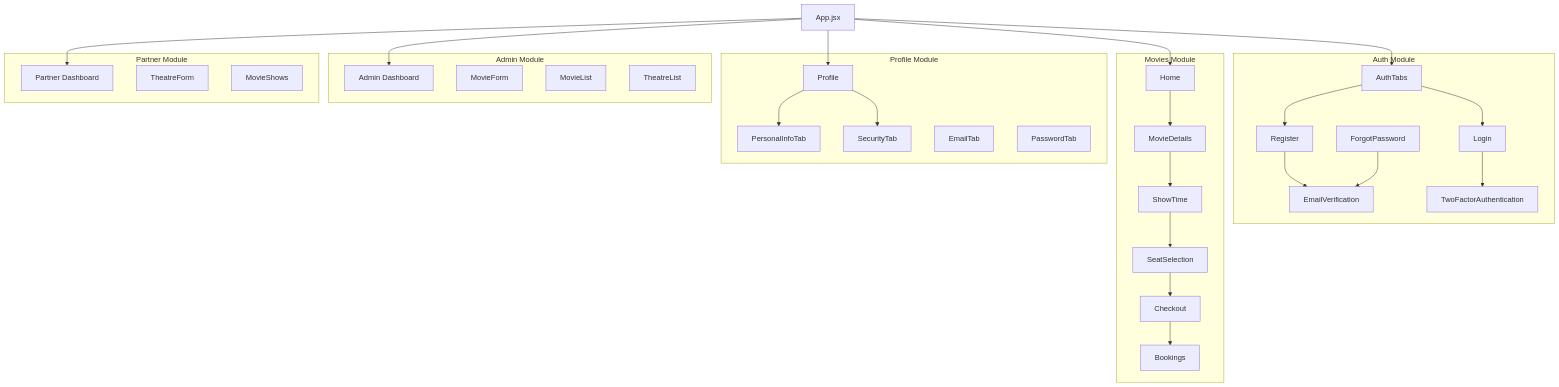
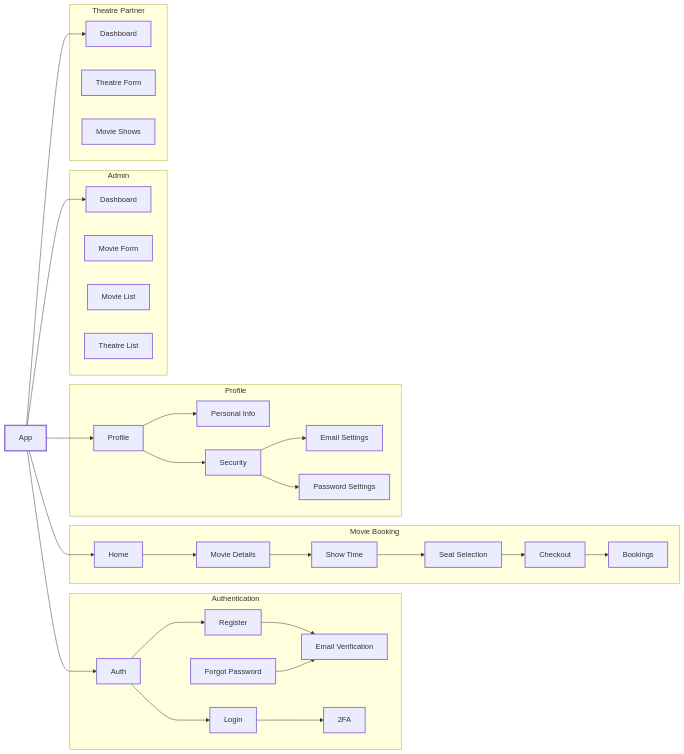
The third of 3 diagrams in README.md (Shravan-509/BookMyShow), drawn with Mermaid before and after one commit. The commit also changed other lines of this file, not shown here.

Commit message:
docs(readme): enhance documentation with architecture diagrams and project details

````diff
--- a/README.md
+++ b/README.md
@@ -131,74 +238,118 @@
 ```mermaid
-graph TD
-    %% Main App
-    App["App.jsx"]
+flowchart LR
 
-    %% Auth Module
-    subgraph AuthModule["Auth Module"]
-        AuthTabs["AuthTabs"]
+    %% ==================================================
+    %% Application Entry
+    %% ==================================================
+
+    App["App"]
+
+    %% ==================================================
+    %% Authentication
+    %% ==================================================
+
+    subgraph AUTH["Authentication"]
+        AuthTabs["Auth"]
         Login["Login"]
         Register["Register"]
-        EmailVerification["EmailVerification"]
-        ForgotPassword["ForgotPassword"]
-        TwoFA["TwoFactorAuthentication"]
+        Verify["Email Verification"]
+        Forgot["Forgot Password"]
+        TwoFA["2FA"]
     end
 
-    %% Movies Module
-    subgraph MoviesModule["Movies Module"]
+    %% ==================================================
+    %% Movie Booking
+    %% ==================================================
+
+    subgraph BOOKING["Movie Booking"]
         Home["Home"]
-        MovieDetails["MovieDetails"]
-        ShowTime["ShowTime"]
-        SeatSelection["SeatSelection"]
+        Details["Movie Details"]
+        ShowTime["Show Time"]
+        Seats["Seat Selection"]
         Checkout["Checkout"]
-        Bookings["Bookings"]
+        Orders["Bookings"]
     end
 
-    %% Profile Module
-    subgraph ProfileModule["Profile Module"]
-        ProfilePage["Profile"]
-        PersonalInfoTab["PersonalInfoTab"]
-        SecurityTab["SecurityTab"]
-        EmailTab["EmailTab"]
-        PasswordTab["PasswordTab"]
+    %% ==================================================
+    %% User Profile
+    %% ==================================================
+
+    subgraph PROFILE["Profile"]
+        Profile["Profile"]
+        Personal["Personal Info"]
+        Security["Security"]
+        Email["Email Settings"]
+        Password["Password Settings"]
     end
 
-    %% Admin Module
-    subgraph AdminModule["Admin Module"]
-        AdminDash["Admin Dashboard"]
-        MovieForm["MovieForm"]
-        MovieList["MovieList"]
-        TheatreList["TheatreList"]
+    %% ==================================================
+    %% Admin
+    %% ==================================================
+
+    subgraph ADMIN["Admin"]
+        AdminDashboard["Dashboard"]
+        MovieForm["Movie Form"]
+        MovieList["Movie List"]
+        TheatreList["Theatre List"]
     end
 
-    %% Partner Module
-    subgraph PartnerModule["Partner Module"]
-        PartnerDash["Partner Dashboard"]
-        TheatreForm["TheatreForm"]
-        MovieShows["MovieShows"]
+    %% ==================================================
+    %% Theatre Partner
+    %% ==================================================
+
+    subgraph PARTNER["Theatre Partner"]
+        PartnerDashboard["Dashboard"]
+        TheatreForm["Theatre Form"]
+        MovieShows["Movie Shows"]
     end
 
-    %% App connections (entry points to each module)
+    %% ==================================================
+    %% Navigation
+    %% ==================================================
+
     App --> AuthTabs
     App --> Home
-    App --> ProfilePage
-    App --> AdminDash
-    App --> PartnerDash
+    App --> Profile
+    App --> AdminDashboard
+    App --> PartnerDashboard
 
-    %% Auth Module internal flow
+    %% Authentication Flow
+
     AuthTabs --> Login
     AuthTabs --> Register
-    Register --> EmailVerification
+    Register --> Verify
     Login --> TwoFA
-    ForgotPassword --> EmailVerification
+    Forgot --> Verify
 
-    %% Movies Module internal flow
-    Home --> MovieDetails
-    MovieDetails --> ShowTime
-    ShowTime --> SeatSelection
-    SeatSelection --> Checkout
-    Checkout --> Bookings
+    %% Booking Flow
 
-    %% Profile Module internal flow
-    ProfilePage --> PersonalInfoTab
-    ProfilePage --> SecurityTab
+    Home --> Details
+    Details --> ShowTime
+    ShowTime --> Seats
+    Seats --> Checkout
+    Checkout --> Orders
+
+    %% Profile Flow
+
+    Profile --> Personal
+    Profile --> Security
+    Security --> Email
+    Security --> Password
+
+    %% Styling (Theme Friendly)
+
+    classDef root stroke-width:3px
+    classDef auth stroke-width:2px
+    classDef booking stroke-width:2px
+    classDef profile stroke-width:2px
+    classDef admin stroke-width:2px
+    classDef partner stroke-width:2px
+
+    class App root
+
+    class AuthTabs,Login,Register,Verify,Forgot,TwoFA auth
+    class Home,Details,ShowTime,Seats,Checkout,Orders booking
+    class Profile,Personal,Security,Email,Password profile
+    class AdminDashboard,MovieForm,MovieList,TheatreList admin
+    class PartnerDashboard,TheatreForm,MovieShows partner
 ```
````
